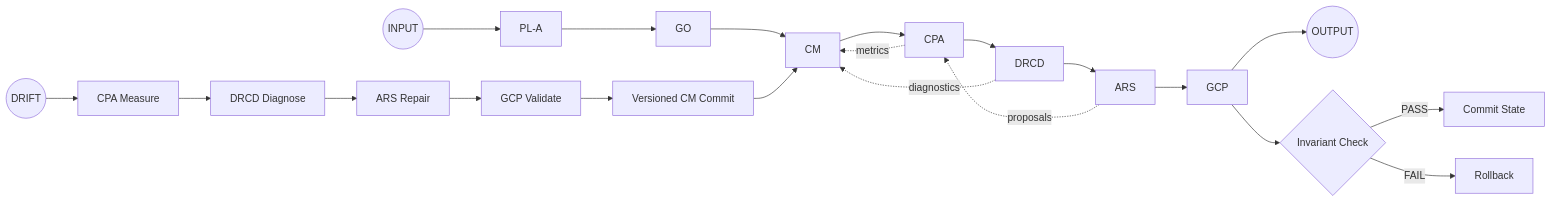
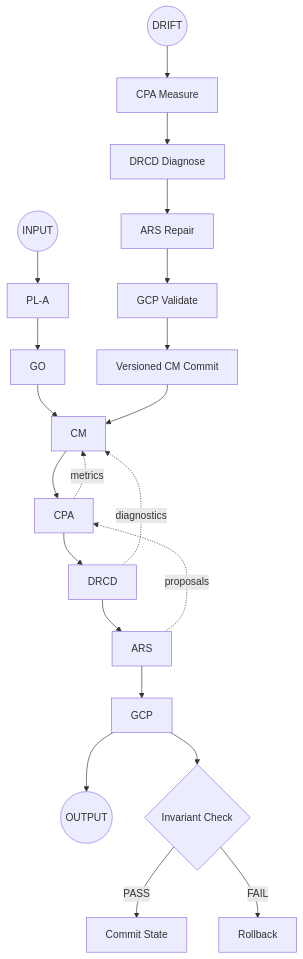
One commit to GeneralSergal/ORP-Reference-kit changed the diagram in README.md. Above: the diagram before and after it, drawn with Mermaid.

````diff
--- a/README.md
+++ b/README.md
@@ -11,29 +11,29 @@
 ```mermaid
-graph LR
-    INP((INPUT)) --> PLA[PL-A]
+graph TD
+    INPUT((INPUT)) --> PLA[PL-A]
     PLA --> GO[GO]
     GO --> CM[CM]
     CM --> CPA[CPA]
     CPA --> DRCD[DRCD]
     DRCD --> ARS[ARS]
     ARS --> GCP[GCP]
-    GCP --> OUT((OUTPUT))
+    GCP --> OUTPUT((OUTPUT))
+
+    %% Failure Loop
+    DRIFT((DRIFT)) --> CPA_F[CPA Measure]
+    CPA_F --> DRCD_F[DRCD Diagnose]
+    DRCD_F --> ARS_F[ARS Repair]
+    ARS_F --> GCP_F[GCP Validate]
+    GCP_F --> VCM[Versioned CM Commit]
+    VCM --> CM
 
     %% Observability
     CPA -. metrics .-> CM
     DRCD -. diagnostics .-> CM
     ARS -. proposals .-> CPA
 
-    %% Failure Loop
-    FD((DRIFT)) --> CPA_F[CPA Measure]
-    CPA_F --> DRCD_F[DRCD Diagnose]
-    DRCD_F --> ARS_F[ARS Repair]
-    ARS_F --> GCP_F[GCP Validate]
-    GCP_F --> VCM[Versioned CM Commit]
-    VCM --> CM
-
     %% Governance Gate
     GCP --> POLICY{Invariant Check}
     POLICY -->|PASS| COMMIT[Commit State]
     POLICY -->|FAIL| REJECT[Rollback]
 ```
````
